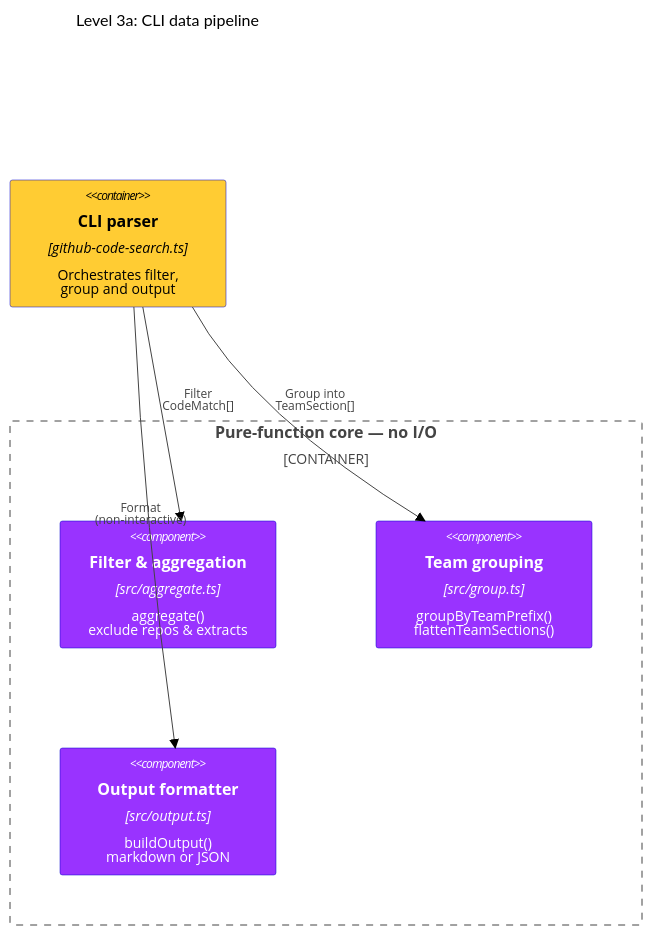
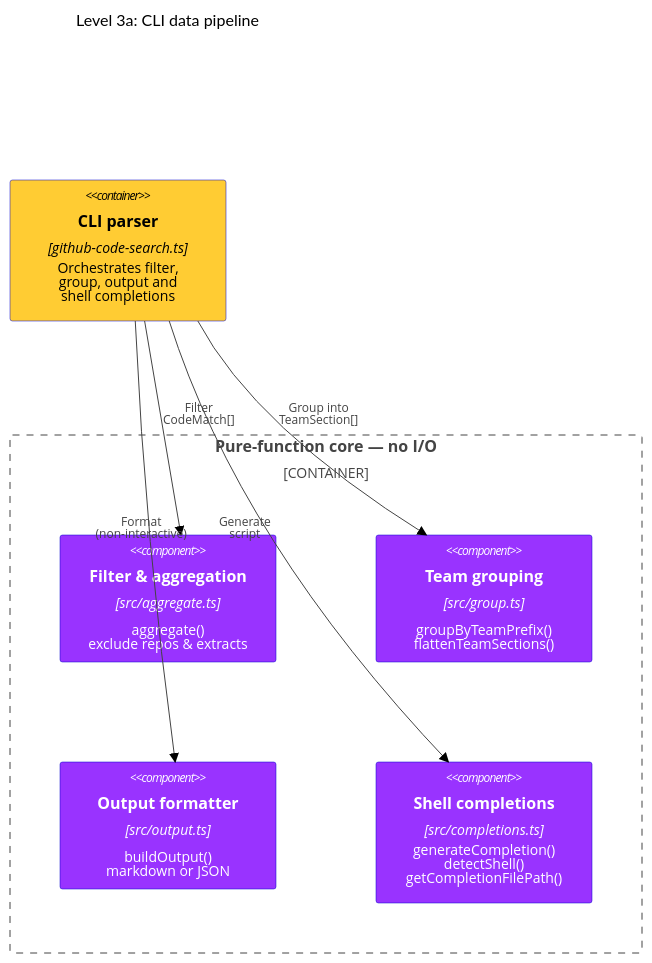
One commit to fulll/github-code-search changed the first of 2 diagrams in docs/architecture/components.md. Above: the diagram before and after it, drawn with Mermaid. The commit also changed other lines of this file and 5 other files, not shown here.

Commit message:
docs: document shell completions feature in AGENTS, CONTRIBUTING, C4 diagrams and CLI reference

````diff
--- a/docs/architecture/components.md
+++ b/docs/architecture/components.md
@@ -12,29 +12,34 @@
 ```mermaid
 %%{init: {"theme": "base", "themeVariables": {"fontFamily": "Poppins, Aestetico, Arial, sans-serif", "primaryColor": "#66CCFF", "primaryTextColor": "#000000", "lineColor": "#0000CC", "tertiaryColor": "#FFCC33"}, "themeCSS": ".label,.nodeLabel,.cluster-label > span{font-family:Poppins,Arial,sans-serif;letter-spacing:.2px} .cluster-label > span{font-weight:600;font-size:13px} .edgePath .path{stroke-width:2px}"}}%%
 C4Component
   title Level 3a: CLI data pipeline
 
-  UpdateLayoutConfig($c4ShapeInRow="3", $c4BoundaryInRow="1")
+  UpdateLayoutConfig($c4ShapeInRow="4", $c4BoundaryInRow="1")
 
-  Container(cli, "CLI parser", "github-code-search.ts", "Orchestrates filter,<br/>group and output")
+  Container(cli, "CLI parser", "github-code-search.ts", "Orchestrates filter,<br/>group, output and<br/>shell completions")
 
   Container_Boundary(core, "Pure-function core — no I/O") {
     Component(aggregate, "Filter & aggregation", "src/aggregate.ts", "aggregate()<br/>exclude repos & extracts")
     Component(group, "Team grouping", "src/group.ts", "groupByTeamPrefix()<br/>flattenTeamSections()")
     Component(outputFn, "Output formatter", "src/output.ts", "buildOutput()<br/>markdown or JSON")
+    Component(completions, "Shell completions", "src/completions.ts", "generateCompletion()<br/>detectShell()<br/>getCompletionFilePath()")
   }
 
   Rel(cli, aggregate, "Filter<br/>CodeMatch[]")
   UpdateRelStyle(cli, aggregate, $offsetX="0", $offsetY="-17")
 
   Rel(cli, group, "Group into<br/>TeamSection[]")
   UpdateRelStyle(cli, group, $offsetX="-33", $offsetY="-17")
 
   Rel(cli, outputFn, "Format<br/>(non-interactive)")
   UpdateRelStyle(cli, outputFn, $offsetX="-60", $offsetY="-17")
 
+  Rel(cli, completions, "Generate<br/>script")
+  UpdateRelStyle(cli, completions, $offsetX="-90", $offsetY="-17")
+
   UpdateElementStyle(cli, $bgColor="#FFCC33", $borderColor="#0000CC", $fontColor="#000000")
   UpdateElementStyle(aggregate, $bgColor="#9933FF", $borderColor="#0000CC", $fontColor="#ffffff")
   UpdateElementStyle(group, $bgColor="#9933FF", $borderColor="#0000CC", $fontColor="#ffffff")
   UpdateElementStyle(outputFn, $bgColor="#9933FF", $borderColor="#0000CC", $fontColor="#ffffff")
+  UpdateElementStyle(completions, $bgColor="#9933FF", $borderColor="#0000CC", $fontColor="#ffffff")
 ```
````
